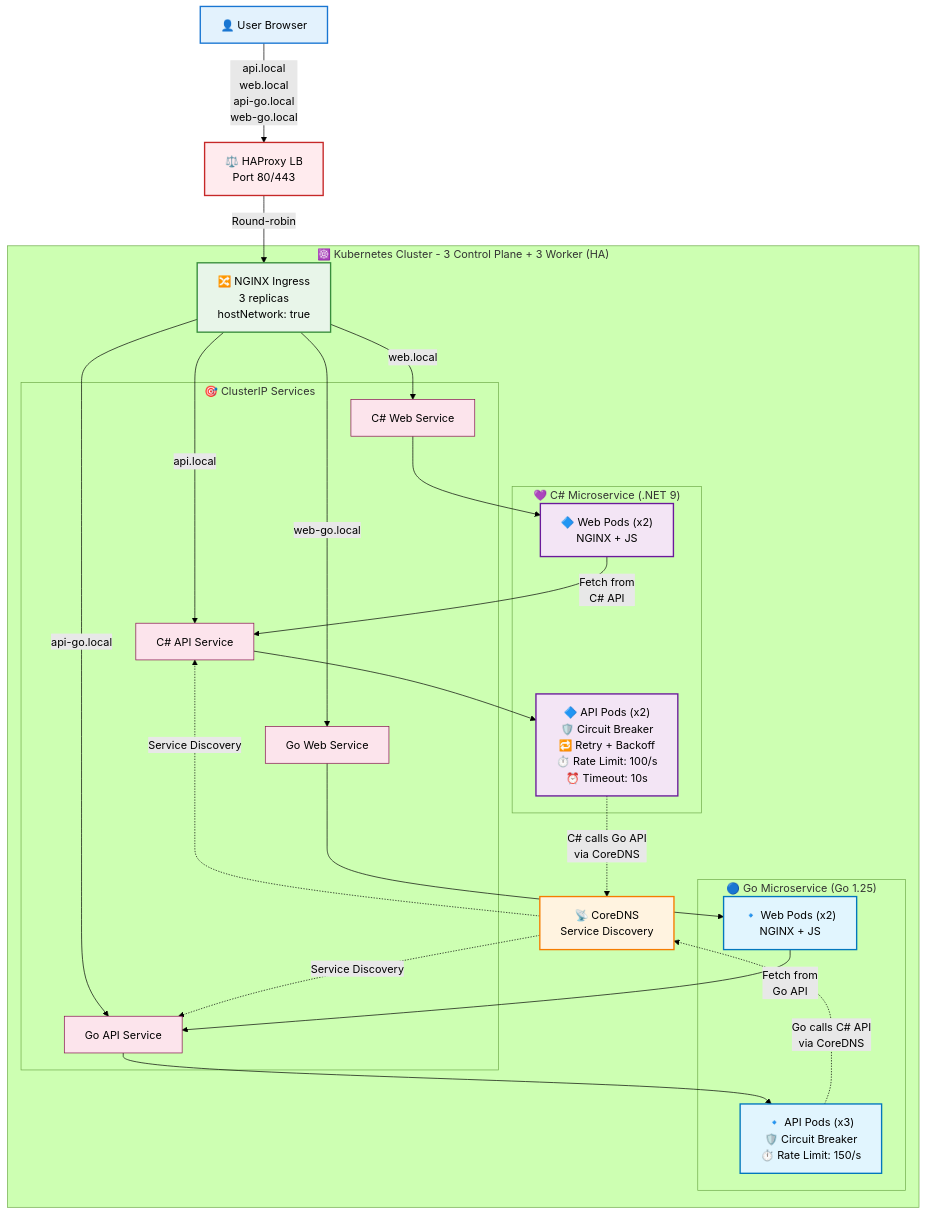
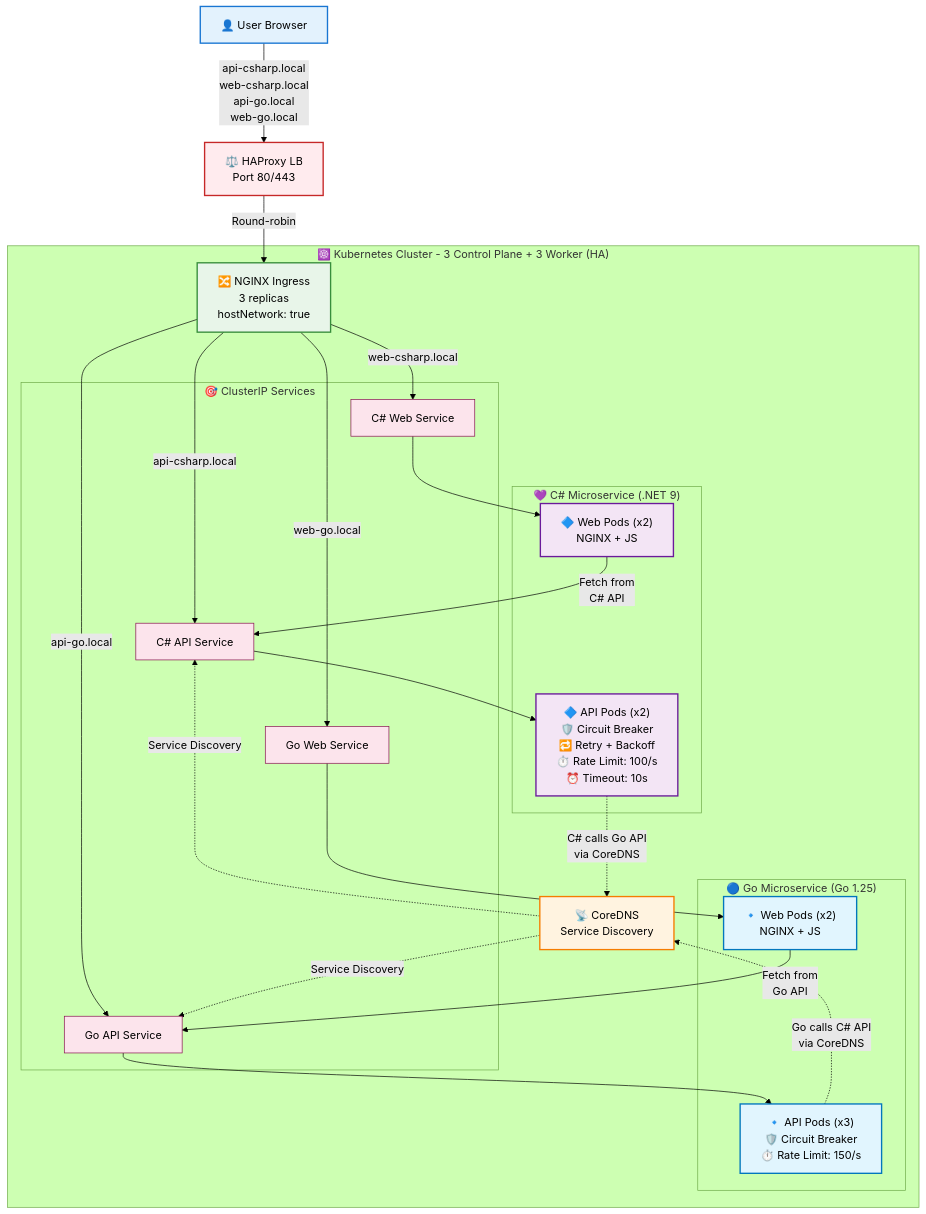
The diagram in docs/diagrams/architecture-overview.mmd (esersahin/datetime-k8s), drawn with Mermaid (forest theme) before and after one commit. The commit also changed 57 other files, not shown here.

```diff
--- a/docs/diagrams/architecture-overview.mmd
+++ b/docs/diagrams/architecture-overview.mmd
@@ -1,77 +1,77 @@
 graph TB
     %% External Layer
     User["👤 User Browser"]
     HAProxy["⚖️ HAProxy LB<br/>Port 80/443"]
 
     %% Kubernetes Cluster
     subgraph K8s["☸️ Kubernetes Cluster - 3 Control Plane + 3 Worker (HA)"]
 
         %% Ingress Layer
         Ingress["🔀 NGINX Ingress<br/>3 replicas<br/>hostNetwork: true"]
 
         %% Service Discovery
         CoreDNS["📡 CoreDNS<br/>Service Discovery"]
 
         %% Services
         subgraph Services["🎯 ClusterIP Services"]
             APISvc["C# API Service"]
             WebSvc["C# Web Service"]
             APIGoSvc["Go API Service"]
             WebGoSvc["Go Web Service"]
         end
 
         %% C# Microservice
         subgraph CSharp["💜 C# Microservice (.NET 9)"]
             CSAPI["🔷 API Pods (x2)<br/>🛡️ Circuit Breaker<br/>🔁 Retry + Backoff<br/>⏱️ Rate Limit: 100/s<br/>⏰ Timeout: 10s"]
             CSWeb["🔷 Web Pods (x2)<br/>NGINX + JS"]
         end
 
         %% Go Microservice
         subgraph Go["🔵 Go Microservice (Go 1.25)"]
             GoAPI["🔹 API Pods (x3)<br/>🛡️ Circuit Breaker<br/>⏱️ Rate Limit: 150/s"]
             GoWeb["🔹 Web Pods (x2)<br/>NGINX + JS"]
         end
     end
 
     %% Main Flow - External Access
-    User -->|"api.local<br/>web.local<br/>api-go.local<br/>web-go.local"| HAProxy
+    User -->|"api-csharp.local<br/>web-csharp.local<br/>api-go.local<br/>web-go.local"| HAProxy
     HAProxy -->|"Round-robin"| Ingress
 
     %% Ingress to Services (Host-based routing)
-    Ingress -->|"api.local"| APISvc
-    Ingress -->|"web.local"| WebSvc
+    Ingress -->|"api-csharp.local"| APISvc
+    Ingress -->|"web-csharp.local"| WebSvc
     Ingress -->|"api-go.local"| APIGoSvc
     Ingress -->|"web-go.local"| WebGoSvc
 
     %% Service to Pods
     APISvc --> CSAPI
     WebSvc --> CSWeb
     APIGoSvc --> GoAPI
     WebGoSvc --> GoWeb
 
     %% Web to API Communication (Same microservice)
     CSWeb -->|"Fetch from<br/>C# API"| APISvc
     GoWeb -->|"Fetch from<br/>Go API"| APIGoSvc
 
     %% Inter-service Communication (Microservice to Microservice)
     CSAPI -.->|"C# calls Go API<br/>via CoreDNS"| CoreDNS
     GoAPI -.->|"Go calls C# API<br/>via CoreDNS"| CoreDNS
     CoreDNS -.->|"Service Discovery"| APIGoSvc
     CoreDNS -.->|"Service Discovery"| APISvc
 
     %% Styling
     classDef userStyle fill:#e3f2fd,stroke:#1976d2,stroke-width:2px
     classDef lbStyle fill:#ffebee,stroke:#c62828,stroke-width:2px
     classDef ingressStyle fill:#e8f5e9,stroke:#388e3c,stroke-width:2px
     classDef dnsStyle fill:#fff3e0,stroke:#f57c00,stroke-width:2px
     classDef svcStyle fill:#fce4ec,stroke:#880e4f,stroke-width:1px
     classDef csStyle fill:#f3e5f5,stroke:#6a1b9a,stroke-width:2px
     classDef goStyle fill:#e1f5fe,stroke:#0277bd,stroke-width:2px
 
     class User userStyle
     class HAProxy lbStyle
     class Ingress ingressStyle
     class CoreDNS dnsStyle
     class APISvc,WebSvc,APIGoSvc,WebGoSvc svcStyle
     class CSAPI,CSWeb csStyle
     class GoAPI,GoWeb goStyle
```
